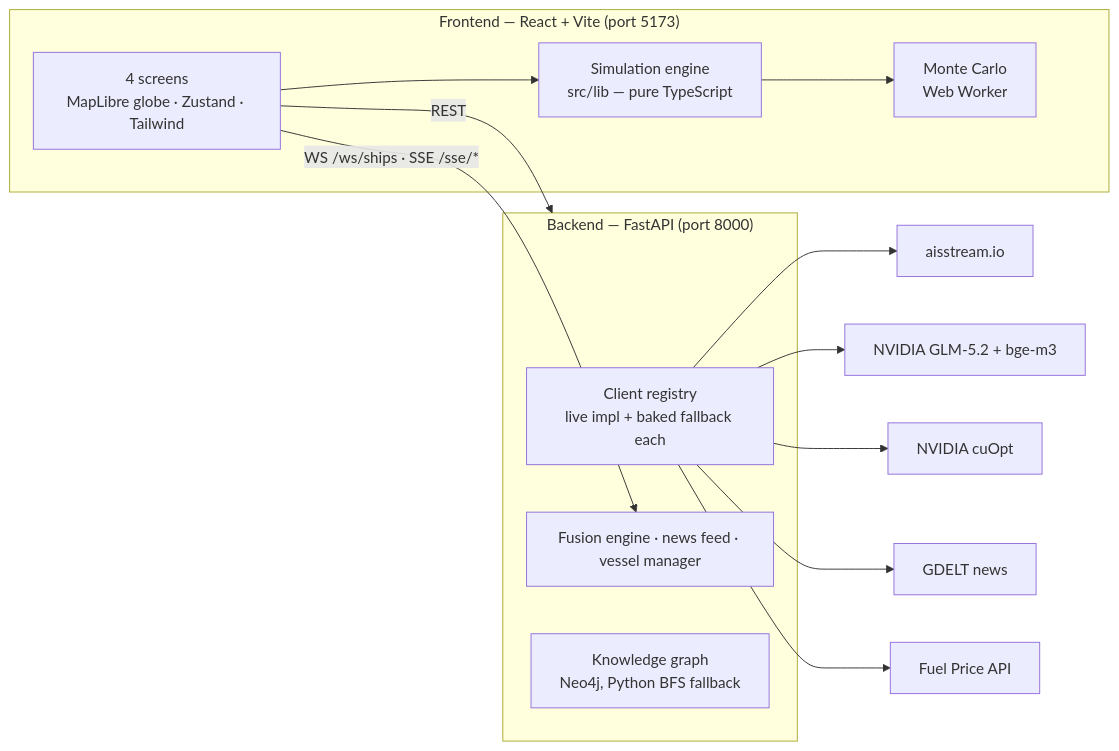
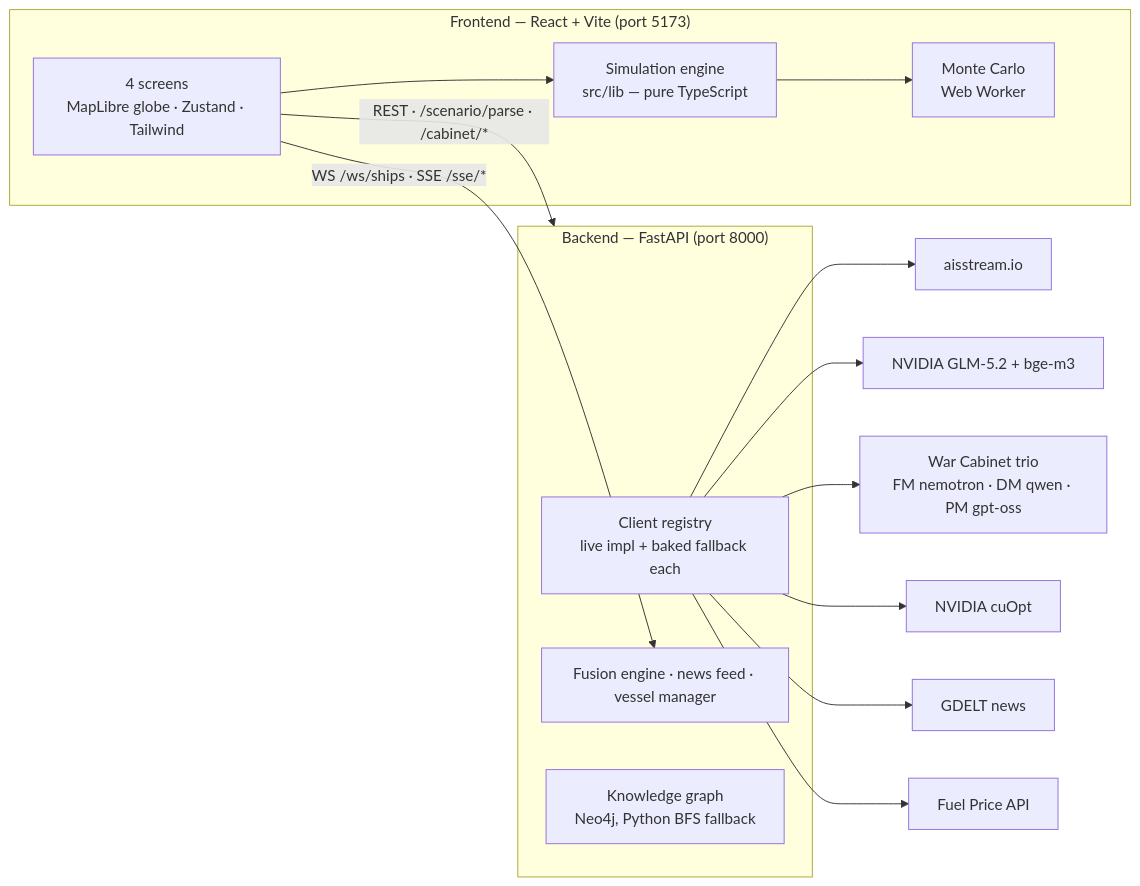
Before and after one commit to shashwatnarwal9/Mr.-Vessel: the diagram in README.md, drawn with Mermaid. The commit also changed other lines of this file, not shown here.

````diff
--- a/README.md
+++ b/README.md
@@ -96,23 +106,24 @@
 ```mermaid
 flowchart LR
   subgraph Frontend["Frontend — React + Vite (port 5173)"]
     UI[4 screens<br/>MapLibre globe · Zustand · Tailwind]
     MC[Monte Carlo<br/>Web Worker]
     LIB[Simulation engine<br/>src/lib — pure TypeScript]
     UI --> LIB --> MC
   end
 
   subgraph Backend["Backend — FastAPI (port 8000)"]
     REG[Client registry<br/>live impl + baked fallback each]
     FUS[Fusion engine · news feed · vessel manager]
     KG[Knowledge graph<br/>Neo4j, Python BFS fallback]
   end
 
   UI -- "WS /ws/ships · SSE /sse/*" --> FUS
-  UI -- "REST" --> Backend
+  UI -- "REST · /scenario/parse · /cabinet/*" --> Backend
   REG --> AIS[aisstream.io]
   REG --> NV[NVIDIA GLM-5.2 + bge-m3]
+  REG --> CAB[War Cabinet trio<br/>FM nemotron · DM qwen · PM gpt-oss]
   REG --> CU[NVIDIA cuOpt]
   REG --> GD[GDELT news]
   REG --> FP[Fuel Price API]
 ```
````
